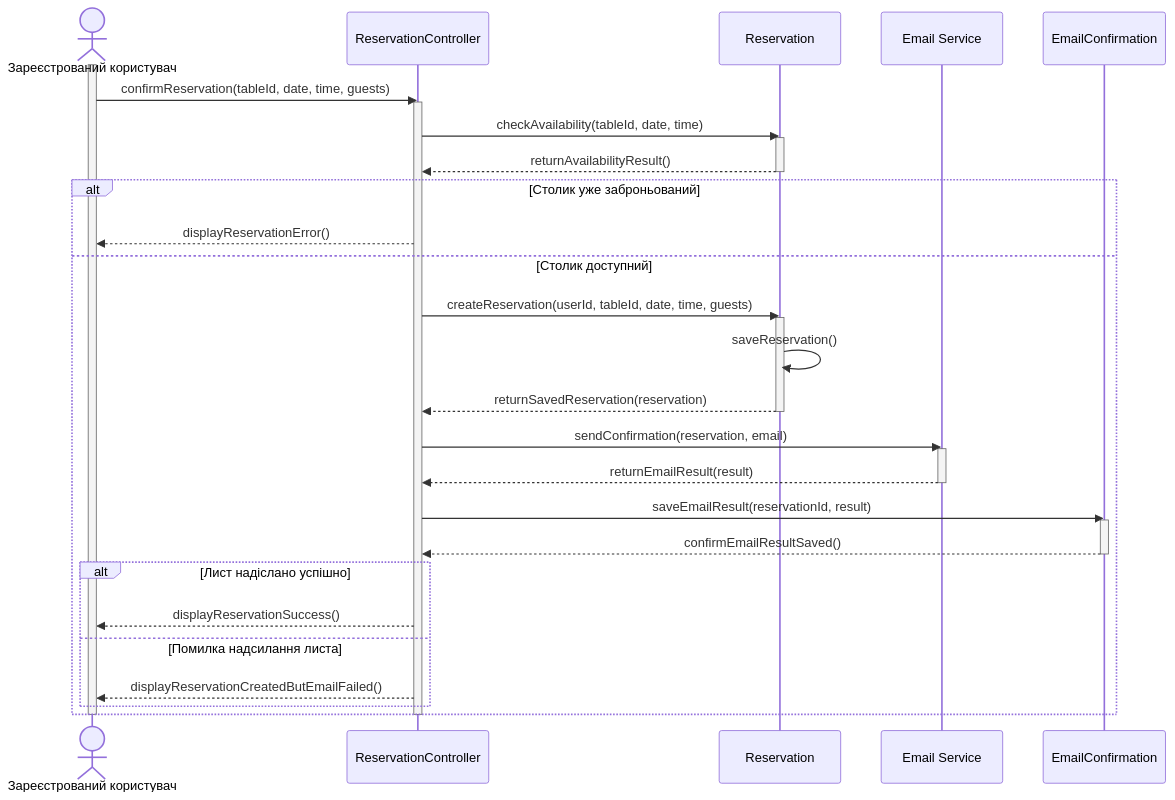
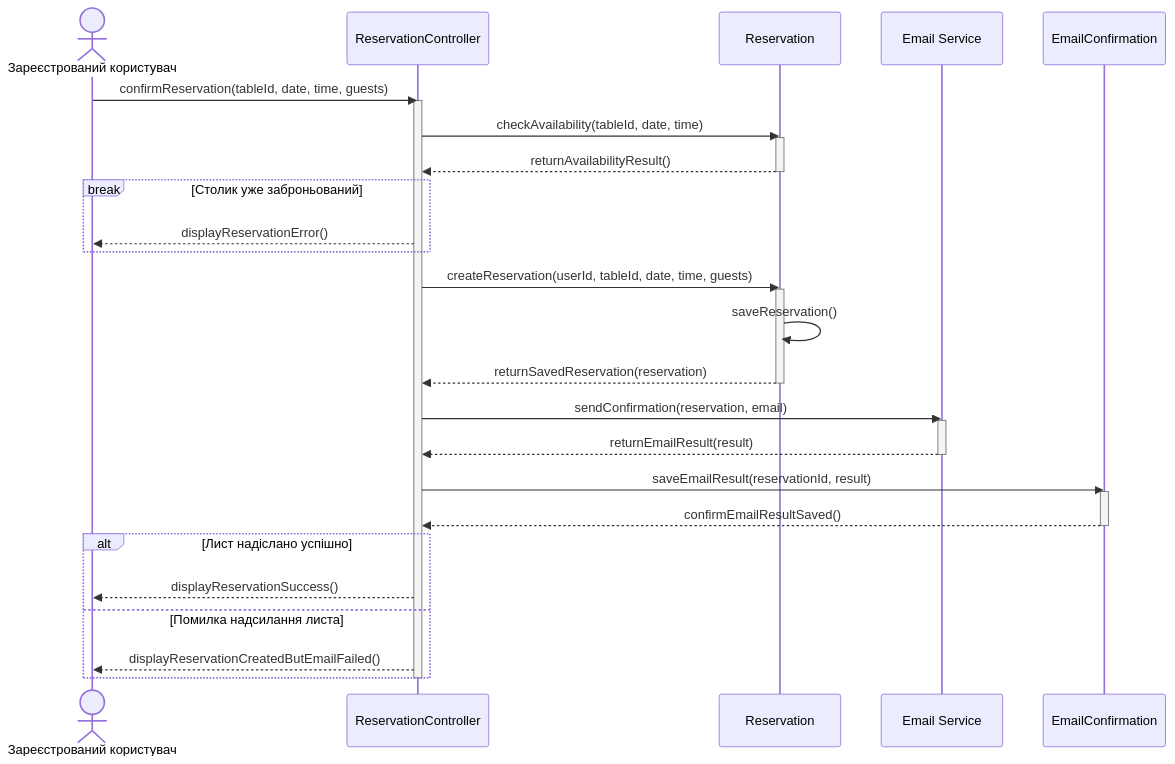
One commit to Vvvvvaleriia/Labs-KPI changed the diagram in lab3/scenario-2.md. Above: the diagram before and after it, drawn with Mermaid. The commit also changed other lines of this file and 2 other files, not shown here.

Commit message:
refine second scenario

````diff
--- a/lab3/scenario-2.md
+++ b/lab3/scenario-2.md
@@ -30,46 +30,44 @@
 ```mermaid
 sequenceDiagram
     actor User as Зареєстрований користувач
     participant RC as ReservationController
     participant R as Reservation
     participant ES as Email Service
     participant EC as EmailConfirmation
 
-    activate User
     User->>RC: confirmReservation(tableId, date, time, guests)
     activate RC
 
     RC->>R: checkAvailability(tableId, date, time)
     activate R
     R-->>RC: returnAvailabilityResult()
     deactivate R
 
-    alt Столик уже заброньований
+    break Столик уже заброньований
         RC-->>User: displayReservationError()
-    else Столик доступний
-        RC->>R: createReservation(userId, tableId, date, time, guests)
-        activate R
-        R->>R: saveReservation()
-        R-->>RC: returnSavedReservation(reservation)
-        deactivate R
+    end
 
-        RC->>ES: sendConfirmation(reservation, email)
-        activate ES
-        ES-->>RC: returnEmailResult(result)
-        deactivate ES
+    RC->>R: createReservation(userId, tableId, date, time, guests)
+    activate R
+    R->>R: saveReservation()
+    R-->>RC: returnSavedReservation(reservation)
+    deactivate R
 
-        RC->>EC: saveEmailResult(reservationId, result)
-        activate EC
-        EC-->>RC: confirmEmailResultSaved()
-        deactivate EC
+    RC->>ES: sendConfirmation(reservation, email)
+    activate ES
+    ES-->>RC: returnEmailResult(result)
+    deactivate ES
 
-        alt Лист надіслано успішно
-            RC-->>User: displayReservationSuccess()
-        else Помилка надсилання листа
-            RC-->>User: displayReservationCreatedButEmailFailed()
-        end
+    RC->>EC: saveEmailResult(reservationId, result)
+    activate EC
+    EC-->>RC: confirmEmailResultSaved()
+    deactivate EC
+
+    alt Лист надіслано успішно
+        RC-->>User: displayReservationSuccess()
+    else Помилка надсилання листа
+        RC-->>User: displayReservationCreatedButEmailFailed()
     end
 
     deactivate RC
-    deactivate User
 ```
````
